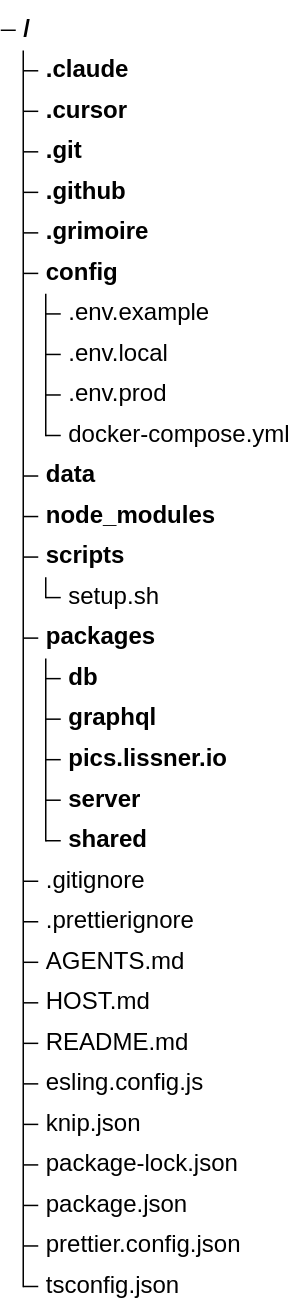
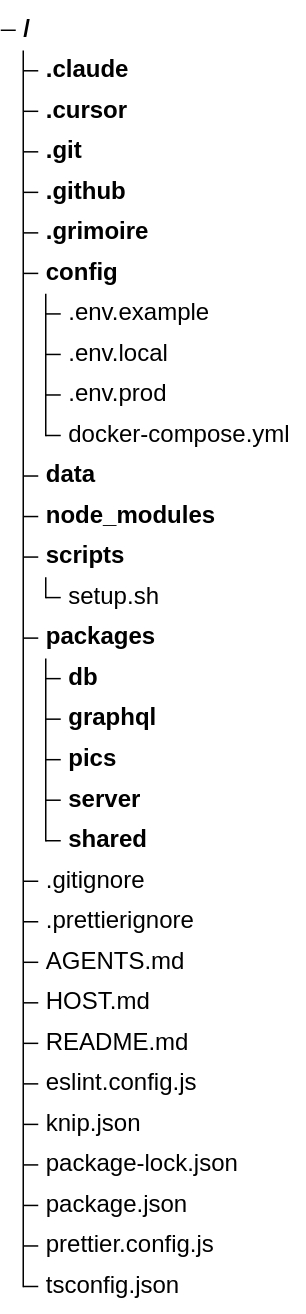
Before and after one commit to jlissner/lissner.io: the diagram in repo-structure.mermaid, drawn with Mermaid. The commit also changed 384 other files, not shown here.

```diff
--- a/repo-structure.mermaid
+++ b/repo-structure.mermaid
@@ -1,32 +1,32 @@
 treeView-beta
     .claude/
     .cursor/
     .git/
     .github/
     .grimoire/
     config/
         .env.example
         .env.local
         .env.prod
         docker-compose.yml
     data/
     node_modules/
     scripts/
         setup.sh
     packages/
         db/
         graphql/
-        pics.lissner.io/
+        pics/
         server/
         shared/
     .gitignore
     .prettierignore
     AGENTS.md
     HOST.md
     README.md
-    esling.config.js
+    eslint.config.js
     knip.json
     package-lock.json
     package.json
-    prettier.config.json
+    prettier.config.js
     tsconfig.json
```
